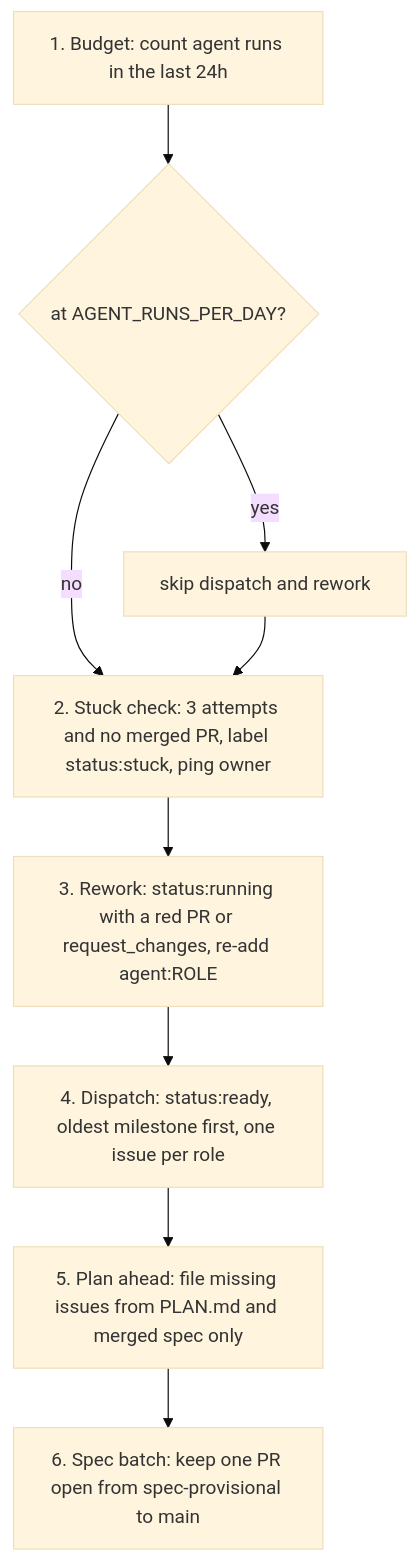
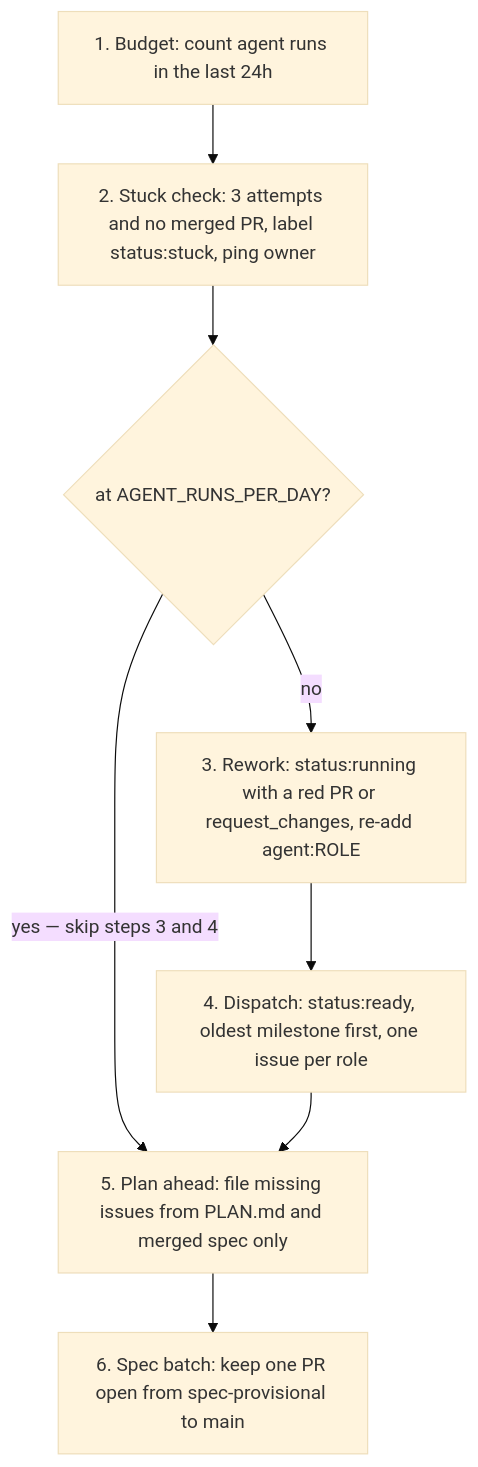
One commit to rechefe/golem changed the third of 7 diagrams in agents/README.md. Above: the diagram before and after it, drawn with Mermaid (base theme). The commit also changed other lines of this file, not shown here.

First paragraph of the commit message:
Gate the budget cap in the diagram's topology, not just a label
Round 6.

````diff
--- a/agents/README.md
+++ b/agents/README.md
@@ -98,11 +98,10 @@
 ```mermaid
 flowchart TD
-    a["1. Budget: count agent runs in the last 24h"] --> b{"at AGENT_RUNS_PER_DAY?"}
-    b -->|yes| c["skip dispatch and rework"]
-    b -->|no| d["2. Stuck check: 3 attempts and no merged PR, label status:stuck, ping owner"]
-    c --> d
-    d --> e["3. Rework: status:running with a red PR or request_changes, re-add agent:ROLE"]
+    a["1. Budget: count agent runs in the last 24h"] --> d["2. Stuck check: 3 attempts and no merged PR, label status:stuck, ping owner"]
+    d --> b{"at AGENT_RUNS_PER_DAY?"}
+    b -->|"yes — skip steps 3 and 4"| g
+    b -->|no| e["3. Rework: status:running with a red PR or request_changes, re-add agent:ROLE"]
     e --> f["4. Dispatch: status:ready, oldest milestone first, one issue per role"]
     f --> g["5. Plan ahead: file missing issues from PLAN.md and merged spec only"]
     g --> h["6. Spec batch: keep one PR open from spec-provisional to main"]
 ```
````
